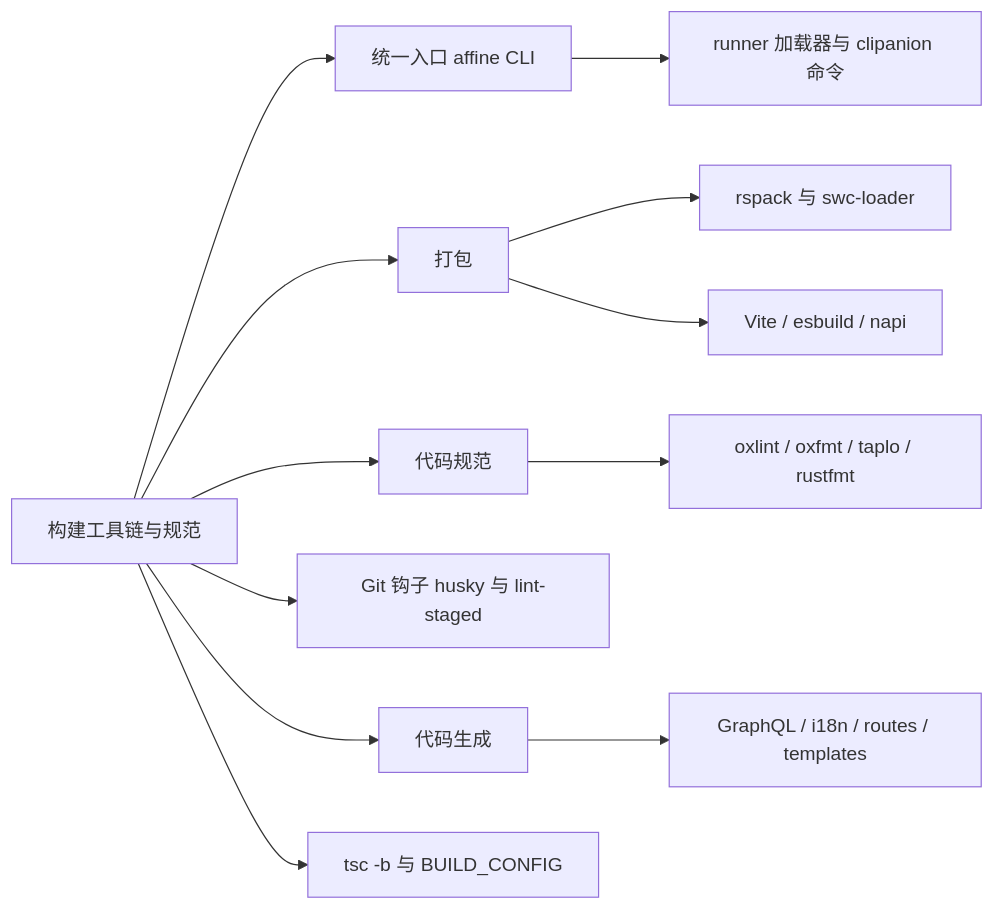
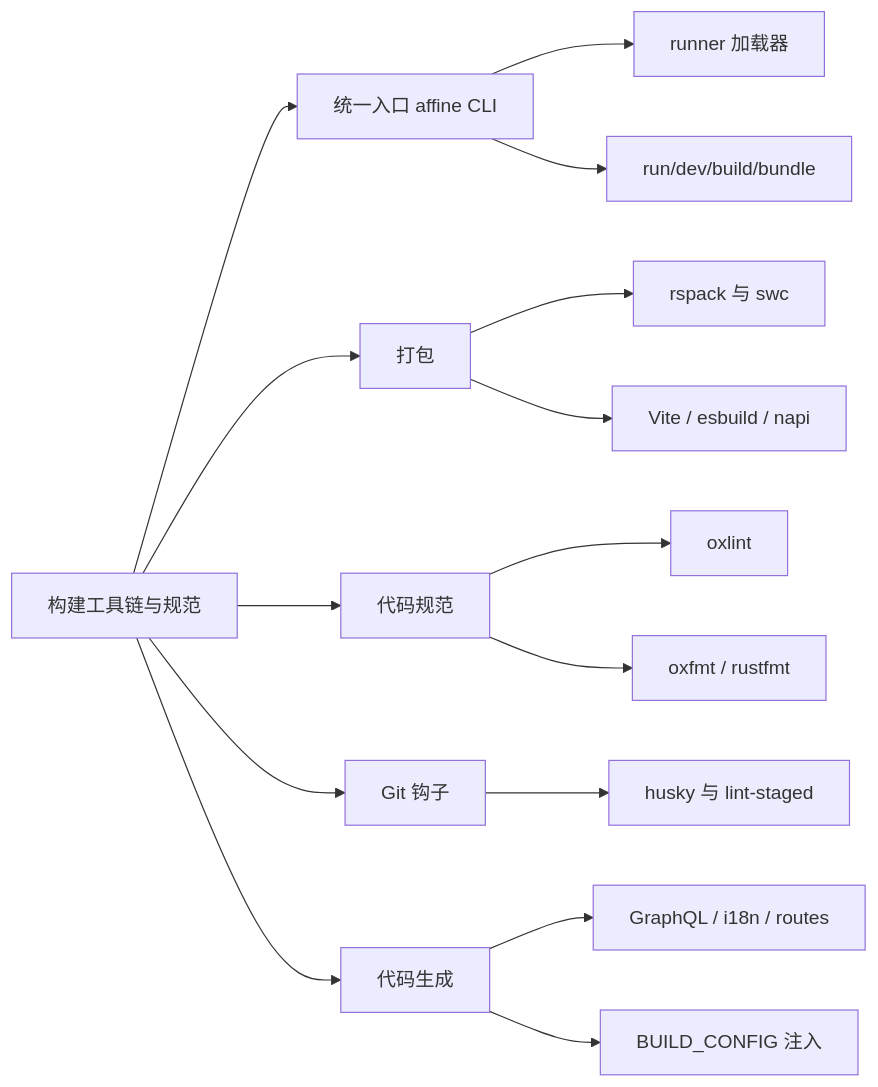
The first of 3 diagrams in learning-guide/slides/decks/10.md (lfire/AFFiNE), drawn with Mermaid before and after one commit. The commit also changed other lines of this file and 46 other files, not shown here.

````diff
--- a/learning-guide/slides/decks/10.md
+++ b/learning-guide/slides/decks/10.md
@@ -39,14 +33,17 @@
 ```mermaid
 flowchart LR
-  Root[构建工具链与规范] --> CLI["统一入口 affine CLI"]
-  Root --> Bundle[打包]
-  Root --> Lint[代码规范]
-  Root --> Git["Git 钩子 husky 与 lint-staged"]
-  Root --> Gen[代码生成]
-  Root --> Env["tsc -b 与 BUILD_CONFIG"]
-  CLI --> C1["runner 加载器与 clipanion 命令"]
-  Bundle --> B1["rspack 与 swc-loader"]
-  Bundle --> B2["Vite / esbuild / napi"]
-  Lint --> L1["oxlint / oxfmt / taplo / rustfmt"]
-  Gen --> Gn1["GraphQL / i18n / routes / templates"]
+  ROOT["构建工具链与规范"] --> CLI["统一入口 affine CLI"]
+  ROOT --> PK["打包"]
+  ROOT --> LN["代码规范"]
+  ROOT --> GT["Git 钩子"]
+  ROOT --> GEN["代码生成"]
+  CLI --> CLI1["runner 加载器"]
+  CLI --> CLI2["run/dev/build/bundle"]
+  PK --> PK1["rspack 与 swc"]
+  PK --> PK2["Vite / esbuild / napi"]
+  LN --> LN1["oxlint"]
+  LN --> LN2["oxfmt / rustfmt"]
+  GT --> GT1["husky 与 lint-staged"]
+  GEN --> GEN1["GraphQL / i18n / routes"]
+  GEN --> GEN2["BUILD_CONFIG 注入"]
 ```
````
